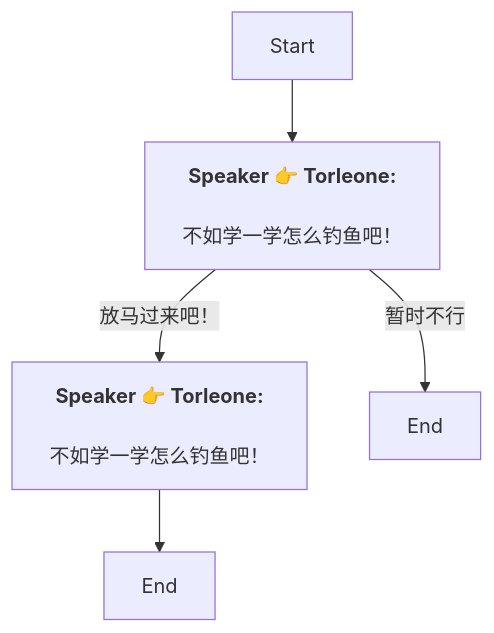
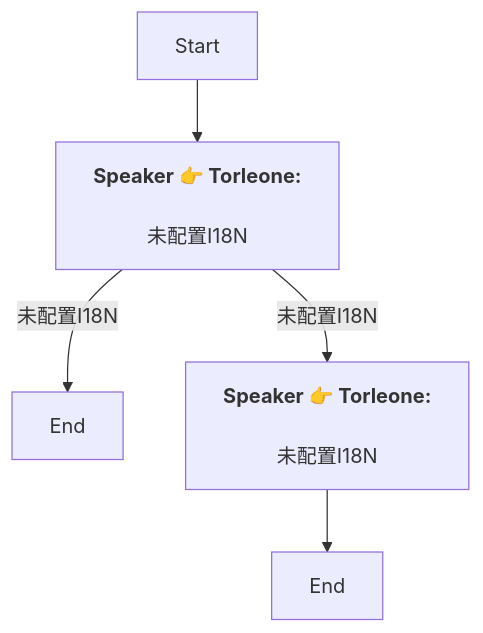
The diagram in Zh/QuestTalkObjectiveNode_1773739818364190.md (SoftHu/tos_avg), drawn with Mermaid before and after one commit. The commit also changed 780 other files, not shown here.

````diff
--- a/Zh/QuestTalkObjectiveNode_1773739818364190.md
+++ b/Zh/QuestTalkObjectiveNode_1773739818364190.md
@@ -1,10 +1,10 @@
 ```mermaid
 graph
 Start -->1773740429644076[<b>Speaker 👉 Torleone:</b>
-\n不如学一学怎么钓鱼吧！]
-1773740429644076 -->|放马过来吧！|1773740453049646[<b>Speaker 👉 Torleone:</b>
-\n不如学一学怎么钓鱼吧！]
-1773740429644076 -->|暂时不行|1773740512544052[End]
+\n未配置I18N]
+1773740429644076 -->|未配置I18N|1773740512544052[End]
+1773740429644076 -->|未配置I18N|1773740453049646[<b>Speaker 👉 Torleone:</b>
+\n未配置I18N]
 1773740453049646 -->1773740505944371[End]
 
 ```
````
